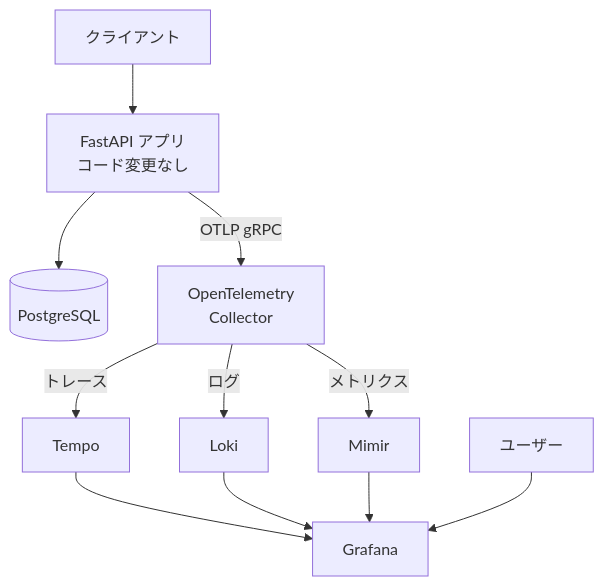
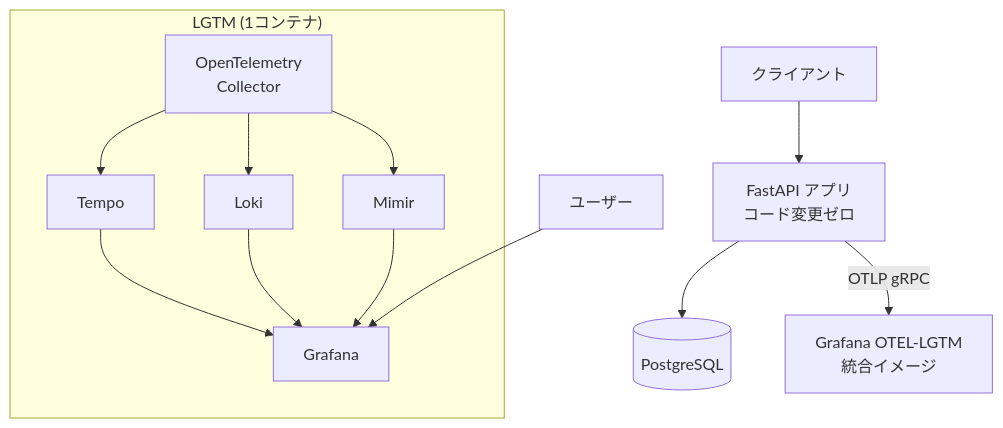
Before and after one commit to optimisuke/hello-otel: the diagram in FINAL_ARCHITECTURE.md, drawn with Mermaid. The commit also changed other lines of this file and 2 other files, not shown here.

````diff
--- a/FINAL_ARCHITECTURE.md
+++ b/FINAL_ARCHITECTURE.md
@@ -13,17 +21,25 @@
 ```mermaid
 graph TB
-    Client[クライアント] --> FastAPI[FastAPI アプリ<br/>コード変更なし]
+    Client[クライアント] --> FastAPI[FastAPI アプリ<br/>コード変更ゼロ]
     FastAPI --> PostgreSQL[(PostgreSQL)]
 
-    FastAPI -->|OTLP gRPC| Collector[OpenTelemetry<br/>Collector]
+    FastAPI -->|OTLP gRPC| LGTM[Grafana OTEL-LGTM<br/>統合イメージ]
 
-    Collector -->|トレース| Tempo[Tempo]
-    Collector -->|ログ| Loki[Loki]
-    Collector -->|メトリクス| Mimir[Mimir]
+    subgraph "LGTM (1コンテナ)"
+        OTel[OpenTelemetry<br/>Collector]
+        Tempo[Tempo]
+        Loki[Loki]
+        Mimir[Mimir]
+        Grafana[Grafana]
 
-    Tempo --> Grafana[Grafana]
-    Loki --> Grafana
-    Mimir --> Grafana
+        OTel --> Tempo
+        OTel --> Loki
+        OTel --> Mimir
+
+        Tempo --> Grafana
+        Loki --> Grafana
+        Mimir --> Grafana
+    end
 
     User[ユーザー] --> Grafana
 ```
````
